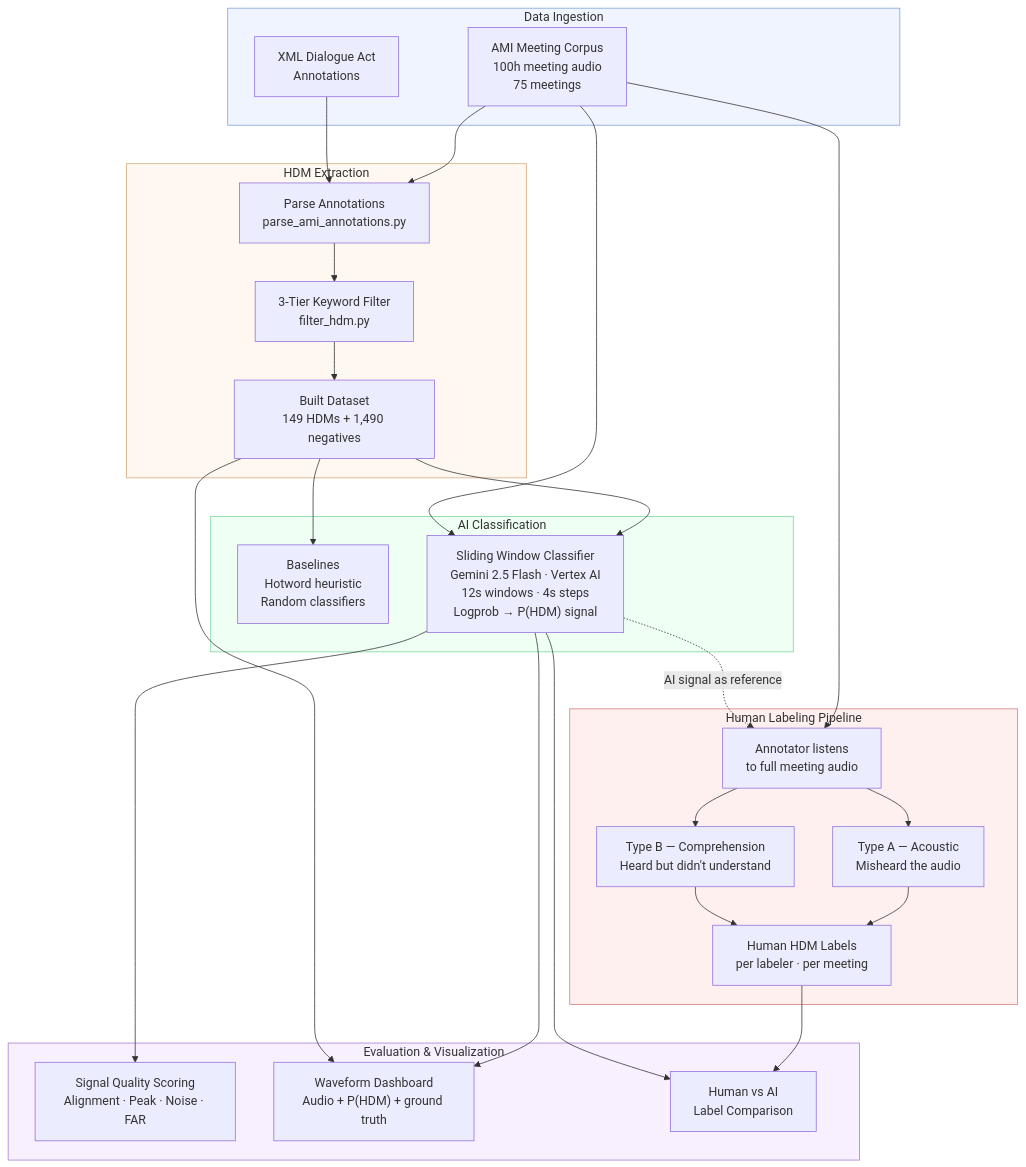
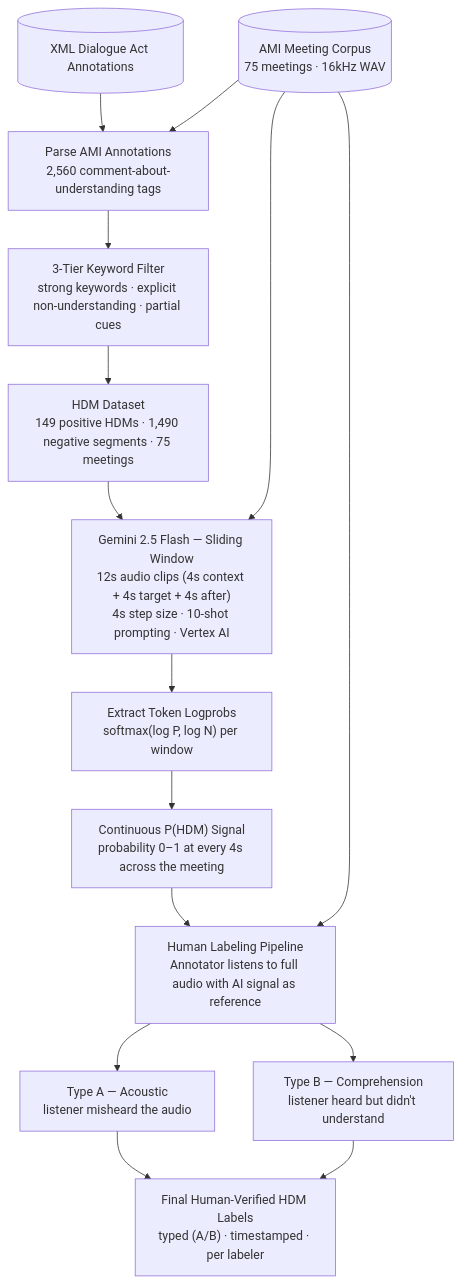
The diagram in README.md (chozillla/CollinsPaper), drawn with Mermaid before and after one commit.

Commit message:
Simplify pipeline diagram: clean top-to-bottom chronological flow
Raw audio at top → annotation parsing → filtering → Gemini sliding window →
logprob extraction → P(HDM) signal → human labeling → final typed labels at bottom.

````diff
--- a/README.md
+++ b/README.md
@@ -27,57 +27,47 @@
 ```mermaid
-flowchart TD
-    subgraph DATA["Data Ingestion"]
-        AMI["AMI Meeting Corpus\n100h meeting audio\n75 meetings"]
-        XML["XML Dialogue Act\nAnnotations"]
-    end
-
-    subgraph EXTRACT["HDM Extraction"]
-        PARSE["Parse Annotations\nparse_ami_annotations.py"]
-        FILTER["3-Tier Keyword Filter\nfilter_hdm.py"]
-        DATASET["Built Dataset\n149 HDMs + 1,490 negatives"]
-    end
-
-    subgraph CLASSIFY["AI Classification"]
-        BASELINE["Baselines\nHotword heuristic\nRandom classifiers"]
-        SLIDING["Sliding Window Classifier\nGemini 2.5 Flash · Vertex AI\n12s windows · 4s steps\nLogprob → P(HDM) signal"]
-    end
-
-    subgraph HUMAN["Human Labeling Pipeline"]
-        LISTEN["Annotator listens\nto full meeting audio"]
-        TYPEA["Type A — Acoustic\nMisheard the audio"]
-        TYPEB["Type B — Comprehension\nHeard but didn't understand"]
-        HLABELS["Human HDM Labels\nper labeler · per meeting"]
-    end
-
-    subgraph EVAL["Evaluation & Visualization"]
-        SIGNAL["Signal Quality Scoring\nAlignment · Peak · Noise · FAR"]
-        DASH["Waveform Dashboard\nAudio + P(HDM) + ground truth"]
-        COMPARE["Human vs AI\nLabel Comparison"]
-    end
+flowchart TB
+    AMI[("AMI Meeting Corpus\n75 meetings · 16kHz WAV")]
+    XML[("XML Dialogue Act Annotations")]
 
     AMI --> PARSE
     XML --> PARSE
+
+    PARSE["Parse AMI Annotations\n2,560 comment-about-understanding tags"]
+
     PARSE --> FILTER
+
+    FILTER["3-Tier Keyword Filter\nstrong keywords · explicit non-understanding · partial cues"]
+
     FILTER --> DATASET
 
-    DATASET --> BASELINE
-    DATASET --> SLIDING
-    AMI --> SLIDING
+    DATASET["HDM Dataset\n149 positive HDMs · 1,490 negative segments · 75 meetings"]
 
-    AMI --> LISTEN
-    SLIDING -.->|AI signal as reference| LISTEN
-    LISTEN --> TYPEA & TYPEB
-    TYPEA & TYPEB --> HLABELS
+    DATASET --> WINDOW
+    AMI --> WINDOW
 
-    SLIDING --> SIGNAL
-    SLIDING --> DASH
-    DATASET --> DASH
-    HLABELS --> COMPARE
-    SLIDING --> COMPARE
+    WINDOW["Gemini 2.5 Flash — Sliding Window\n12s audio clips (4s context + 4s target + 4s after)\n4s step size · 10-shot prompting · Vertex AI"]
 
-    style DATA fill:#f0f4ff,stroke:#7ba1d4
-    style EXTRACT fill:#fff8f0,stroke:#d4a87b
-    style CLASSIFY fill:#f0fff4,stroke:#7bd49a
-    style HUMAN fill:#fff0f0,stroke:#d47b7b
-    style EVAL fill:#f8f0ff,stroke:#a87bd4
+    WINDOW --> LOGPROB
+
+    LOGPROB["Extract Token Logprobs\nsoftmax(log P, log N) per window"]
+
+    LOGPROB --> SIGNAL
+
+    SIGNAL["Continuous P(HDM) Signal\nprobability 0–1 at every 4s across the meeting"]
+
+    SIGNAL --> HUMAN
+    AMI --> HUMAN
+
+    HUMAN["Human Labeling Pipeline\nAnnotator listens to full audio with AI signal as reference"]
+
+    HUMAN --> TYPEA
+    HUMAN --> TYPEB
+
+    TYPEA["Type A — Acoustic\nlistener misheard the audio"]
+    TYPEB["Type B — Comprehension\nlistener heard but didn't understand"]
+
+    TYPEA --> LABELS
+    TYPEB --> LABELS
+
+    LABELS["Final Human-Verified HDM Labels\ntyped (A/B) · timestamped · per labeler"]
 ```
````
